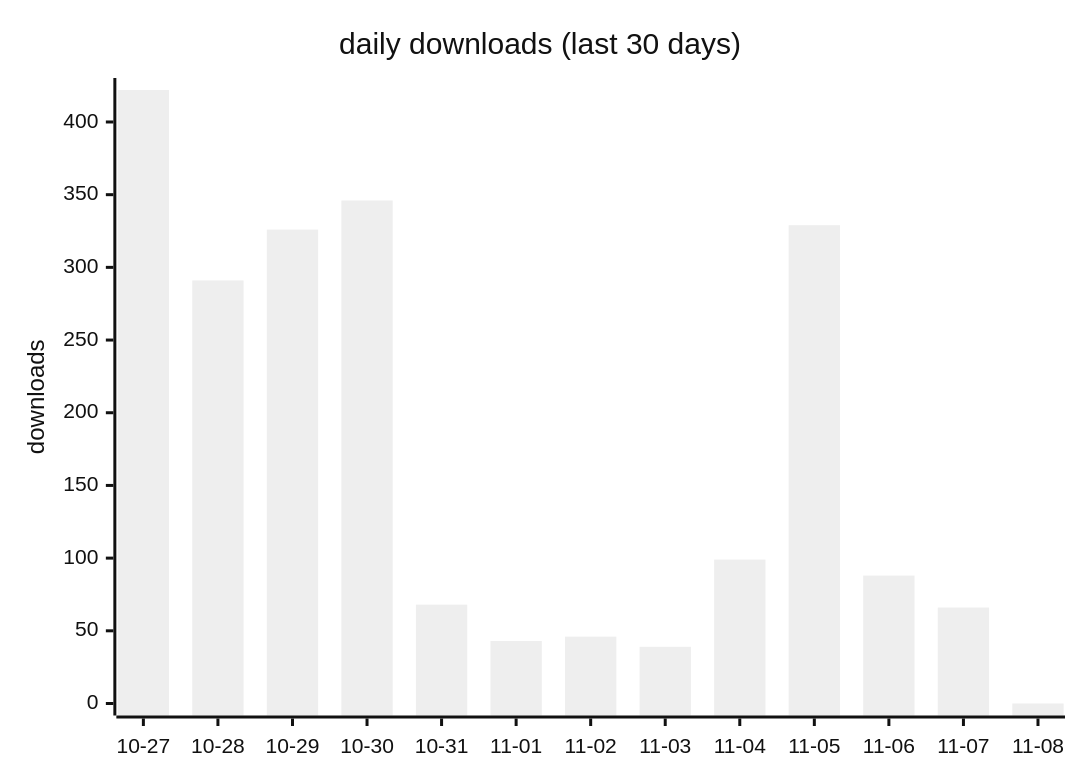
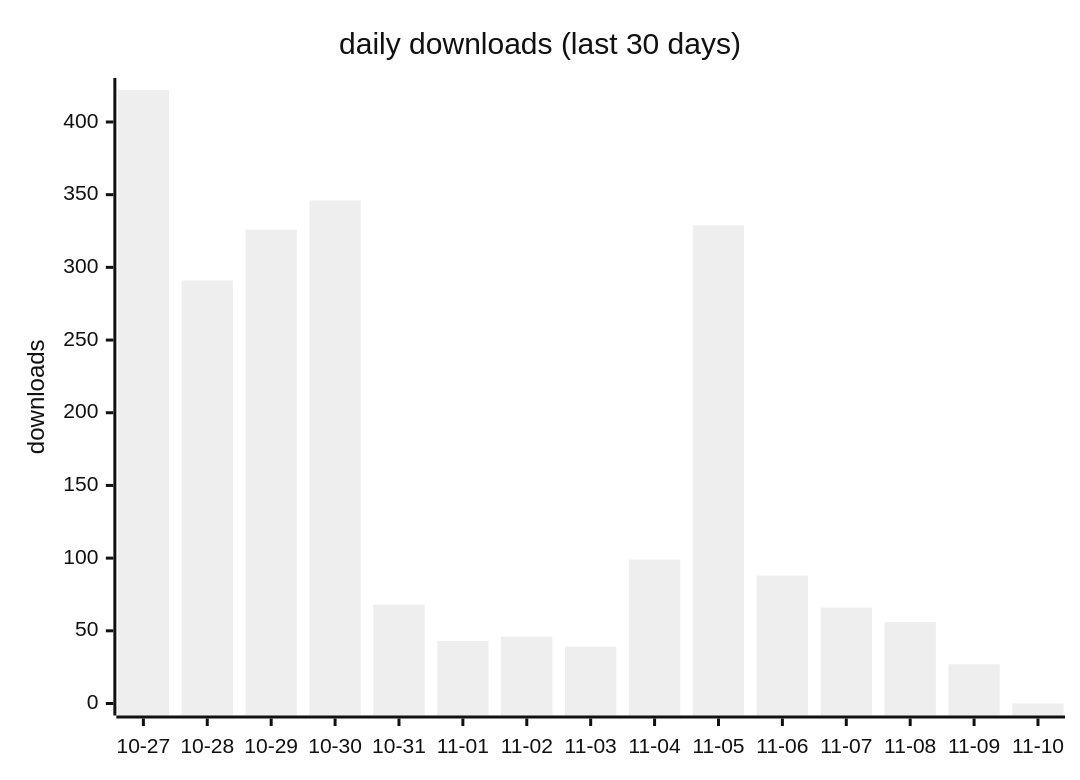
Before and after one commit to terry2010/dsh-loop-recover: the first of 2 diagrams in docs/downloads-2026.md, drawn with Mermaid (neutral theme). The commit also changed other lines of this file and 1 other file, not shown here.

````diff
--- a/docs/downloads-2026.md
+++ b/docs/downloads-2026.md
@@ -19,7 +19,7 @@
 ```mermaid
 xychart-beta
     title "daily downloads (last 30 days)"
-    x-axis ["10-27", "10-28", "10-29", "10-30", "10-31", "11-01", "11-02", "11-03", "11-04", "11-05", "11-06", "11-07", "11-08"]
+    x-axis ["10-27", "10-28", "10-29", "10-30", "10-31", "11-01", "11-02", "11-03", "11-04", "11-05", "11-06", "11-07", "11-08", "11-09", "11-10"]
     y-axis "downloads" 0 --> 422
-    bar [422, 291, 326, 346, 68, 43, 46, 39, 99, 329, 88, 66, 0]
+    bar [422, 291, 326, 346, 68, 43, 46, 39, 99, 329, 88, 66, 56, 27, 0]
 ```
````
